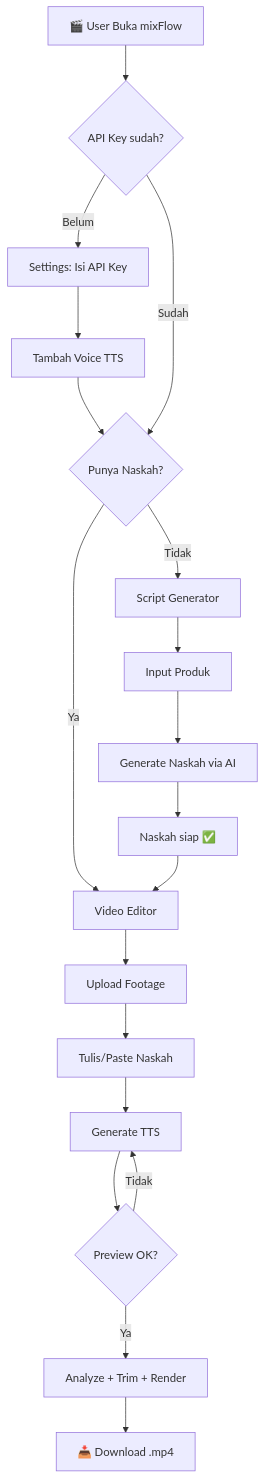
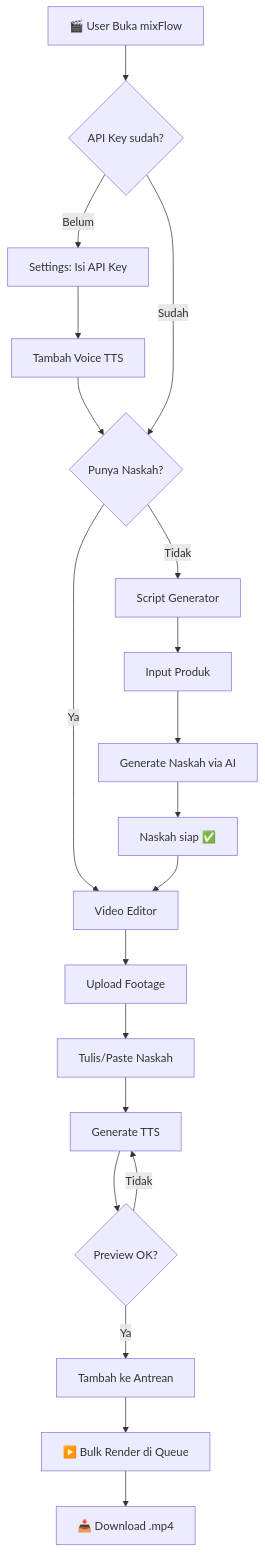
Before and after one commit to Muhira007/mixFlow-Studio: the first of 4 diagrams in PRD.md, drawn with Mermaid. The commit also changed other lines of this file and 15 other files, not shown here.

Commit message:
Update version to 1.0.0, remove beta references, and document new render queue feature

````diff
--- a/PRD.md
+++ b/PRD.md
@@ -84,24 +85,25 @@
 ```mermaid
 flowchart TD
     A[🎬 User Buka mixFlow] --> B{API Key sudah?}
     B -- Belum --> S1[Settings: Isi API Key]
     S1 --> S2[Tambah Voice TTS]
     S2 --> C
 
     B -- Sudah --> C{Punya Naskah?}
     C -- Tidak --> G[Script Generator]
     G --> G1[Input Produk]
     G1 --> G2[Generate Naskah via AI]
     G2 --> G3[Naskah siap ✅]
 
     C -- Ya --> V[Video Editor]
     G3 --> V
 
     V --> V1[Upload Footage]
     V1 --> V2[Tulis/Paste Naskah]
     V2 --> V3[Generate TTS]
     V3 --> V4{Preview OK?}
-    V4 -- Ya --> V5[Analyze + Trim + Render]
+    V4 -- Ya --> V5[Tambah ke Antrean]
     V4 -- Tidak --> V3
-    V5 --> D[📥 Download .mp4]
+    V5 --> V6[▶️ Bulk Render di Queue]
+    V6 --> D[📥 Download .mp4]
 ```
````
